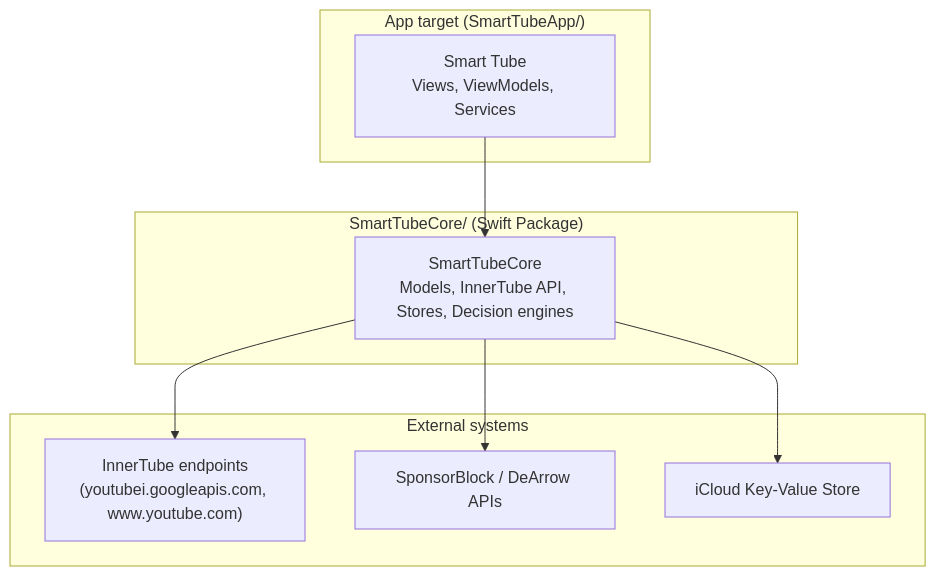
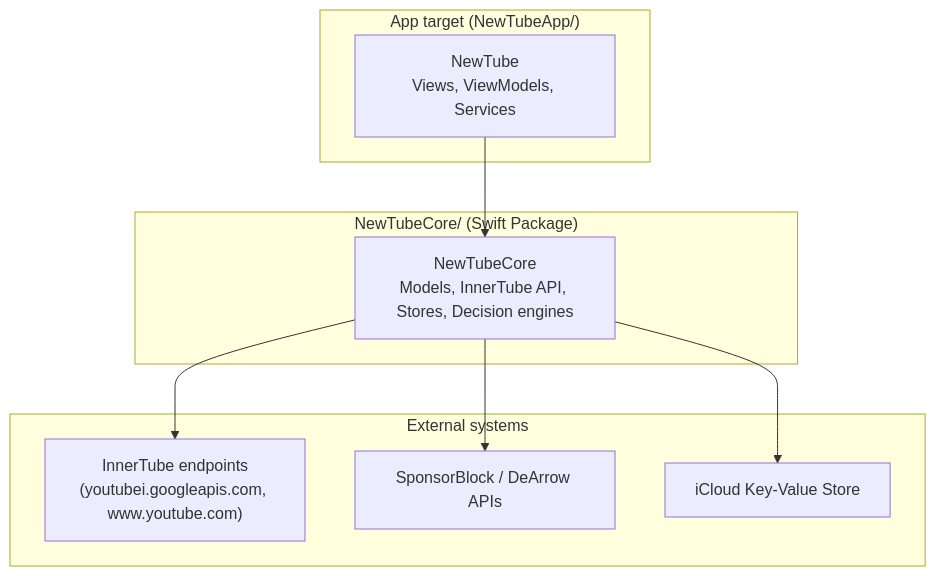
The diagram in docs/architecture.md (ThomasHack/NewTube-iOS), drawn with Mermaid before and after one commit. The commit also changed other lines of this file and 511 other files, not shown here.

Commit message:
refactor: rename the app and project to NewTube

````diff
--- a/docs/architecture.md
+++ b/docs/architecture.md
@@ -8,19 +8,19 @@
 ```mermaid
 graph TD
-    subgraph Apps["App target (SmartTubeApp/)"]
-        UI["Smart Tube<br/>Views, ViewModels, Services"]
+    subgraph Apps["App target (NewTubeApp/)"]
+        UI["NewTube<br/>Views, ViewModels, Services"]
     end
-    subgraph Pkg["SmartTubeCore/ (Swift Package)"]
-        Core["SmartTubeCore<br/>Models, InnerTube API, Stores, Decision engines"]
+    subgraph Pkg["NewTubeCore/ (Swift Package)"]
+        Core["NewTubeCore<br/>Models, InnerTube API, Stores, Decision engines"]
     end
     subgraph Ext["External systems"]
         InnerTube["InnerTube endpoints<br/>(youtubei.googleapis.com, www.youtube.com)"]
         SponsorBlock["SponsorBlock / DeArrow APIs"]
         iCloudKVS["iCloud Key-Value Store"]
     end
 
     UI --> Core
     Core --> InnerTube
     Core --> SponsorBlock
     Core --> iCloudKVS
 ```
````
